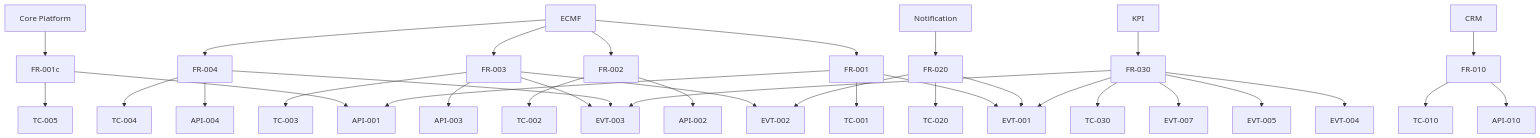
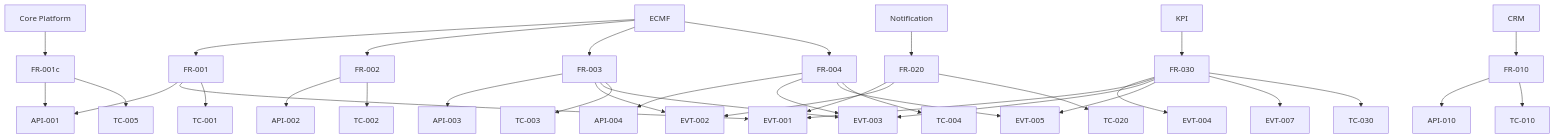
The diagram in ai/knowledge-graph/graph.generated.md (ribaxhut-sys/ECMP), drawn with Mermaid before and after one commit. The commit also changed other lines of this file and 602 other files, not shown here.

````diff
--- a/ai/knowledge-graph/graph.generated.md
+++ b/ai/knowledge-graph/graph.generated.md
@@ -22,36 +22,37 @@
 ```mermaid
 flowchart TD
   Core_Platform[Core Platform] --> FR-001c[FR-001c]
   FR-001c --> API-001[API-001]
   FR-001c --> TC-005[TC-005]
   ECMF[ECMF] --> FR-001[FR-001]
   FR-001 --> API-001[API-001]
   FR-001 --> EVT-001[EVT-001]
   FR-001 --> TC-001[TC-001]
   ECMF[ECMF] --> FR-002[FR-002]
   FR-002 --> API-002[API-002]
   FR-002 --> TC-002[TC-002]
   ECMF[ECMF] --> FR-003[FR-003]
   FR-003 --> API-003[API-003]
   FR-003 --> EVT-002[EVT-002]
   FR-003 --> EVT-003[EVT-003]
   FR-003 --> TC-003[TC-003]
   ECMF[ECMF] --> FR-004[FR-004]
   FR-004 --> API-004[API-004]
   FR-004 --> EVT-003[EVT-003]
+  FR-004 --> EVT-005[EVT-005]
   FR-004 --> TC-004[TC-004]
   CRM[CRM] --> FR-010[FR-010]
   FR-010 --> API-010[API-010]
   FR-010 --> TC-010[TC-010]
   Notification[Notification] --> FR-020[FR-020]
   FR-020 --> EVT-001[EVT-001]
   FR-020 --> EVT-002[EVT-002]
   FR-020 --> TC-020[TC-020]
   KPI[KPI] --> FR-030[FR-030]
   FR-030 --> EVT-004[EVT-004]
   FR-030 --> EVT-001[EVT-001]
   FR-030 --> EVT-003[EVT-003]
   FR-030 --> EVT-005[EVT-005]
   FR-030 --> EVT-007[EVT-007]
   FR-030 --> TC-030[TC-030]
 ```
````
